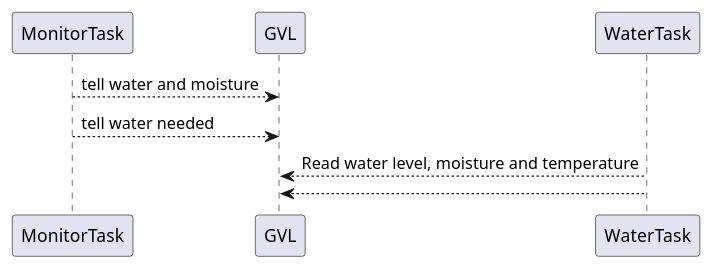
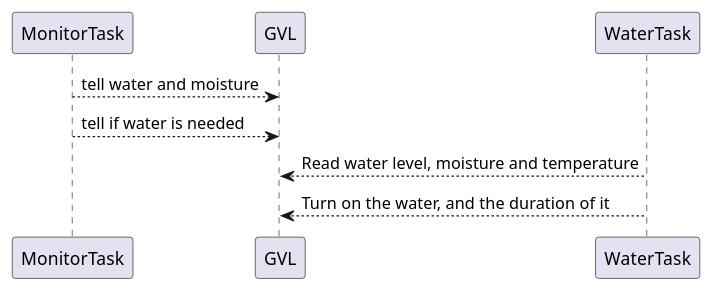
Before and after one commit to mersi940/Individual-assignment: the diagram in src/chapter_3.md, drawn with PlantUML. The commit also changed 5 other files, not shown here.

Commit message:
Third diagram update

````diff
--- a/src/chapter_3.md
+++ b/src/chapter_3.md
@@ -2,8 +2,8 @@
 ```plantuml
 @startuml
 MonitorTask--> GVL: tell water and moisture 
-MonitorTask--> GVL: tell water needed
+MonitorTask--> GVL: tell if water is needed
 WaterTask--> GVL: Read water level, moisture and temperature
-WaterTask--> GVL:
+WaterTask--> GVL: Turn on the water, and the duration of it
 @enduml
 ```
````
